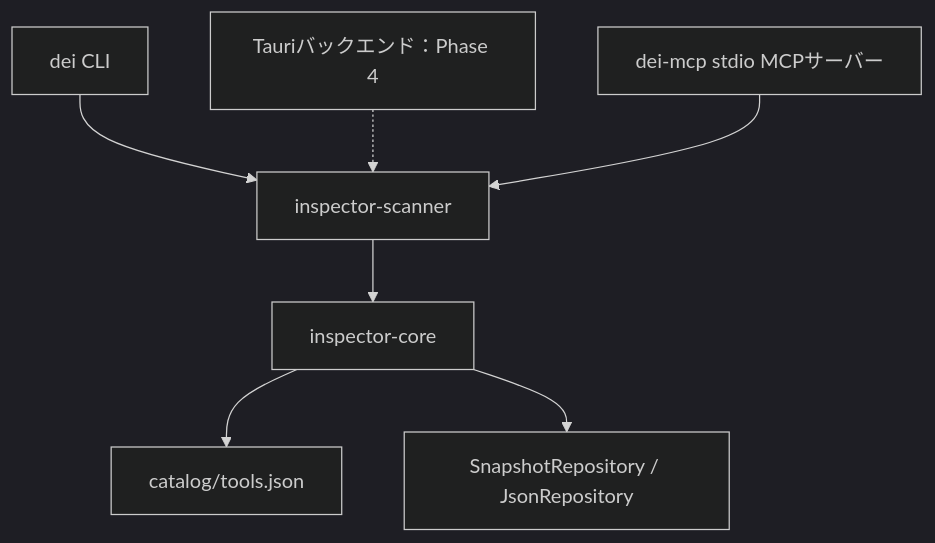
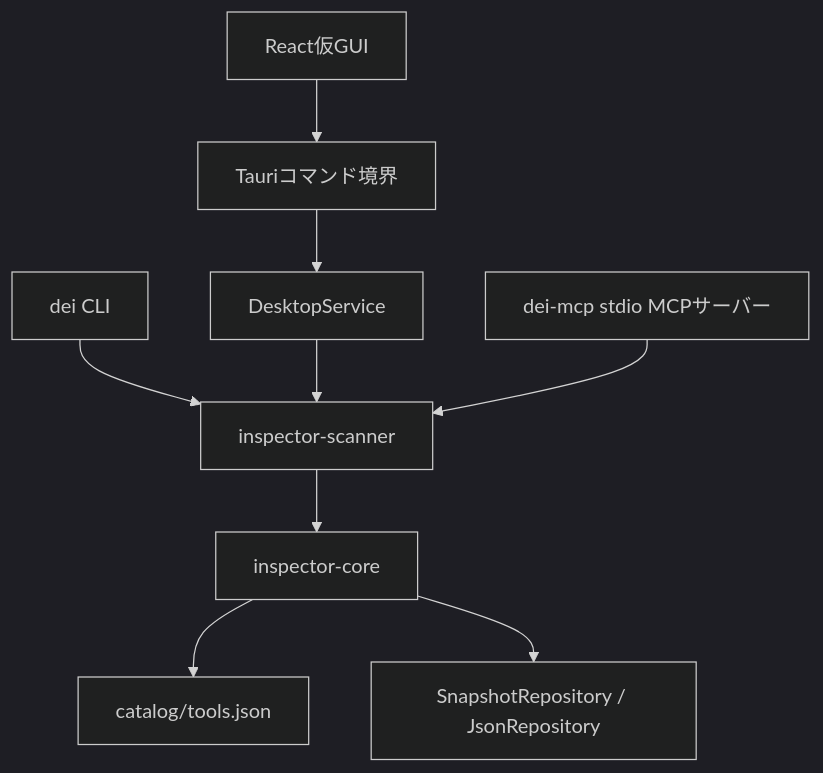
Before and after one commit to Termnix-IT/DevEnvironmentInspector: the diagram in docs/アーキテクチャ.md, drawn with Mermaid (dark theme). The commit also changed other lines of this file and 32 other files, not shown here.

````diff
--- a/docs/アーキテクチャ.md
+++ b/docs/アーキテクチャ.md
@@ -7,9 +7,11 @@
 ```mermaid
 flowchart TD
     CLI[dei CLI] --> Scanner[inspector-scanner]
-    GUI[Tauriバックエンド：Phase 4] -.-> Scanner
+    React[React仮GUI] --> IPC[Tauriコマンド境界]
+    IPC --> GUI[DesktopService]
+    GUI --> Scanner
     MCP[dei-mcp stdio MCPサーバー] --> Scanner
     Scanner --> Core[inspector-core]
     Core --> Catalog[catalog/tools.json]
     Core --> Storage[SnapshotRepository / JsonRepository]
 ```
````
